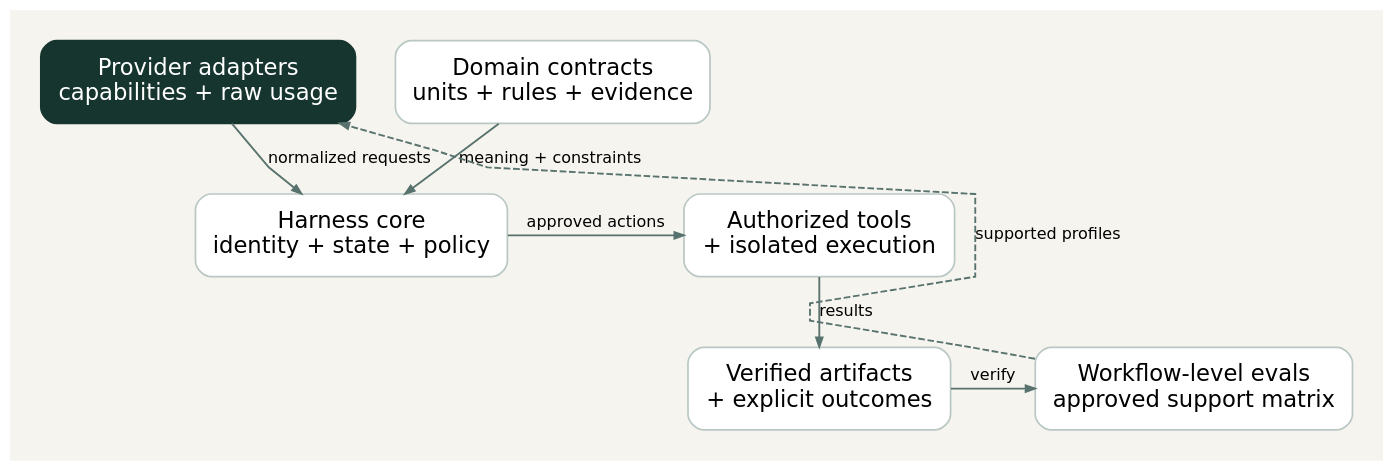
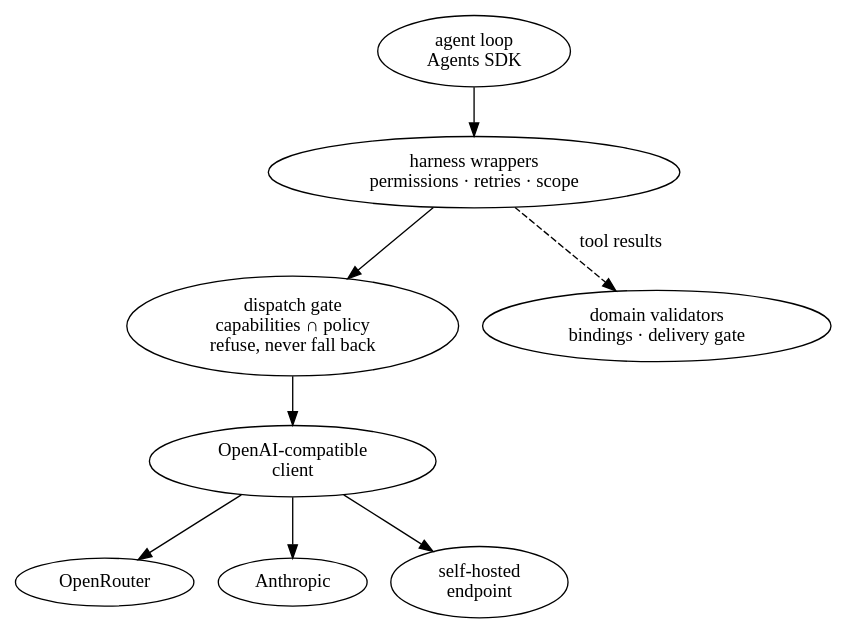
One commit to Shaunfurtado/Shaunfurtado.github.io changed the diagram in src/assets/blog-diagrams/16-model-agnostic-agent-harness-domain-contracts.dot. Above: the diagram before and after it, drawn with Graphviz. The commit also changed 114 other files, not shown here.

First line of the commit message:
refactor: rewrite blog posts around real system details and theme the diagrams

```diff
--- a/src/assets/blog-diagrams/16-model-agnostic-agent-harness-domain-contracts.dot
+++ b/src/assets/blog-diagrams/16-model-agnostic-agent-harness-domain-contracts.dot
@@ -1,20 +1,16 @@
-digraph design {
-graph [rankdir=TB, bgcolor="#f6f4ee", pad="0.32", nodesep="0.42", ranksep="0.55", splines=polyline, fontname="DejaVu Sans", fontsize=18];
-node [shape=box, style="rounded,filled", fillcolor="#ffffff", color="#b9c8c4", penwidth=1.3, fontname="DejaVu Sans", fontsize=17, margin="0.20,0.16"];
-edge [color="#58736e", fontname="DejaVu Sans", fontsize=12, arrowsize=0.7, penwidth=1.4];
-providers [label="Provider adapters\ncapabilities + raw usage",fillcolor="#16352f",fontcolor="#ffffff",color="#16352f"];
-harness [label="Harness core\nidentity + state + policy"];
-domain [label="Domain contracts\nunits + rules + evidence"];
-tools [label="Authorized tools\n+ isolated execution"];
-artifacts [label="Verified artifacts\n+ explicit outcomes"];
-eval [label="Workflow-level evals\napproved support matrix"];
-providers -> harness [label="normalized requests"];
-domain -> harness [label="meaning + constraints"];
-harness -> tools [label="approved actions"];
-tools -> artifacts [label="results"];
-artifacts -> eval [label="verify"];
-eval -> providers [label="supported profiles",style=dashed,constraint=false];
-{rank=same; providers; domain;}
-{rank=same; harness; tools;}
-{rank=same; artifacts; eval;}
+digraph harness {
+rankdir=TB;
+loop [label="agent loop\nAgents SDK"];
+wrap [label="harness wrappers\npermissions · retries · scope"];
+gate [label="dispatch gate\ncapabilities ∩ policy\nrefuse, never fall back", class="key"];
+client [label="OpenAI-compatible\nclient"];
+or [label="OpenRouter"];
+an [label="Anthropic"];
+self [label="self-hosted\nendpoint"];
+dom [label="domain validators\nbindings · delivery gate"];
+loop -> wrap -> gate -> client;
+client -> or;
+client -> an;
+client -> self;
+wrap -> dom [label="tool results", style=dashed];
 }
```
